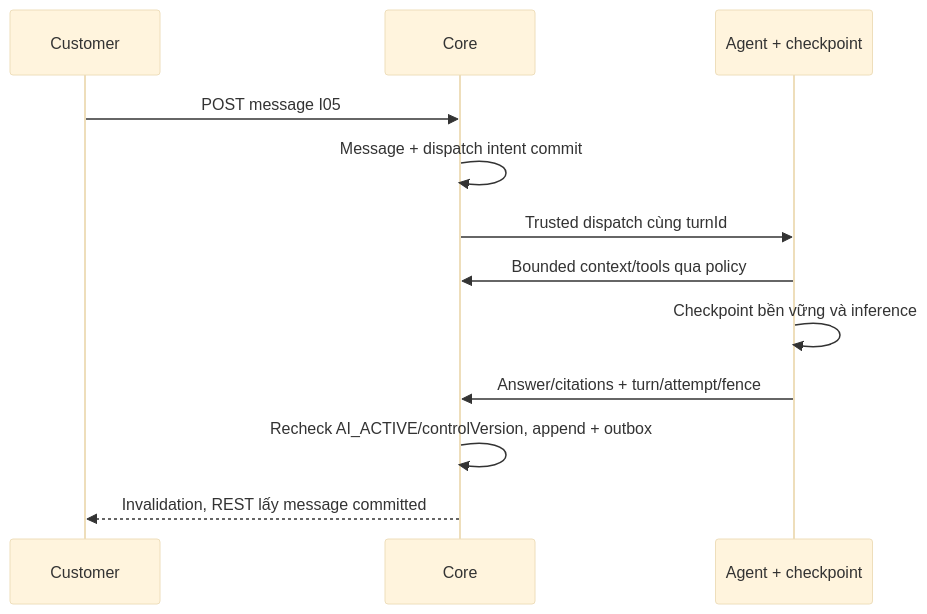
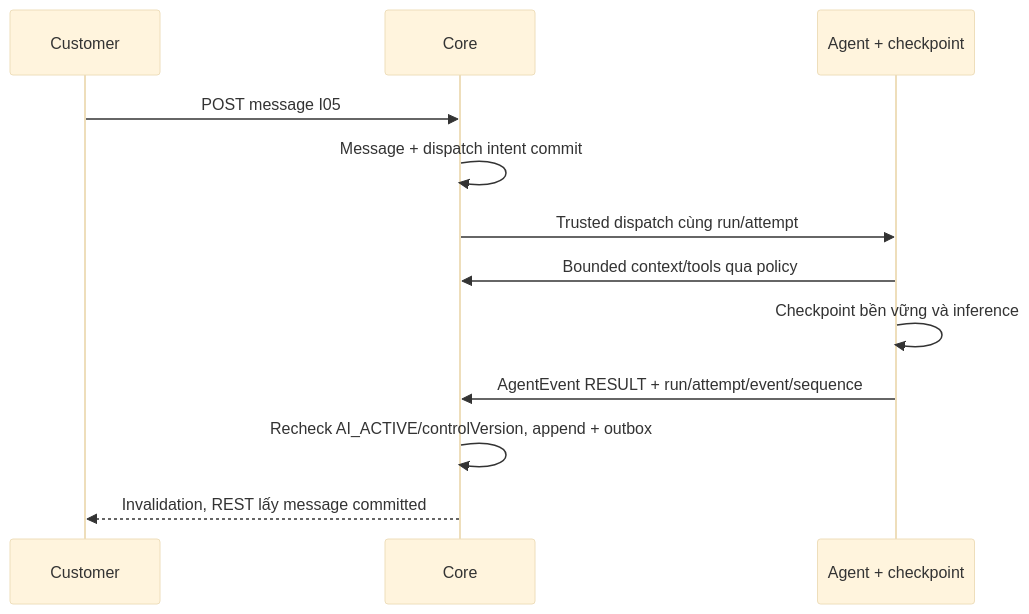
One commit to natuan05/LifeInsuranceAIAssistant changed the diagram in docs/ui/customer/plans/chat/02-agent-boundary.md. Above: the diagram before and after it, drawn with Mermaid (base theme). The commit also changed other lines of this file and 57 other files, not shown here.

````diff
--- a/docs/ui/customer/plans/chat/02-agent-boundary.md
+++ b/docs/ui/customer/plans/chat/02-agent-boundary.md
@@ -37,14 +37,14 @@
 ```mermaid
 sequenceDiagram
   participant W as Customer
   participant C as Core
   participant A as Agent + checkpoint
   W->>C: POST message I05
   C->>C: Message + dispatch intent commit
-  C->>A: Trusted dispatch cùng turnId
+  C->>A: Trusted dispatch cùng run/attempt
   A->>C: Bounded context/tools qua policy
   A->>A: Checkpoint bền vững và inference
-  A->>C: Answer/citations + turn/attempt/fence
+  A->>C: AgentEvent RESULT + run/attempt/event/sequence
   C->>C: Recheck AI_ACTIVE/controlVersion, append + outbox
   C-->>W: Invalidation, REST lấy message committed
 ```
````
